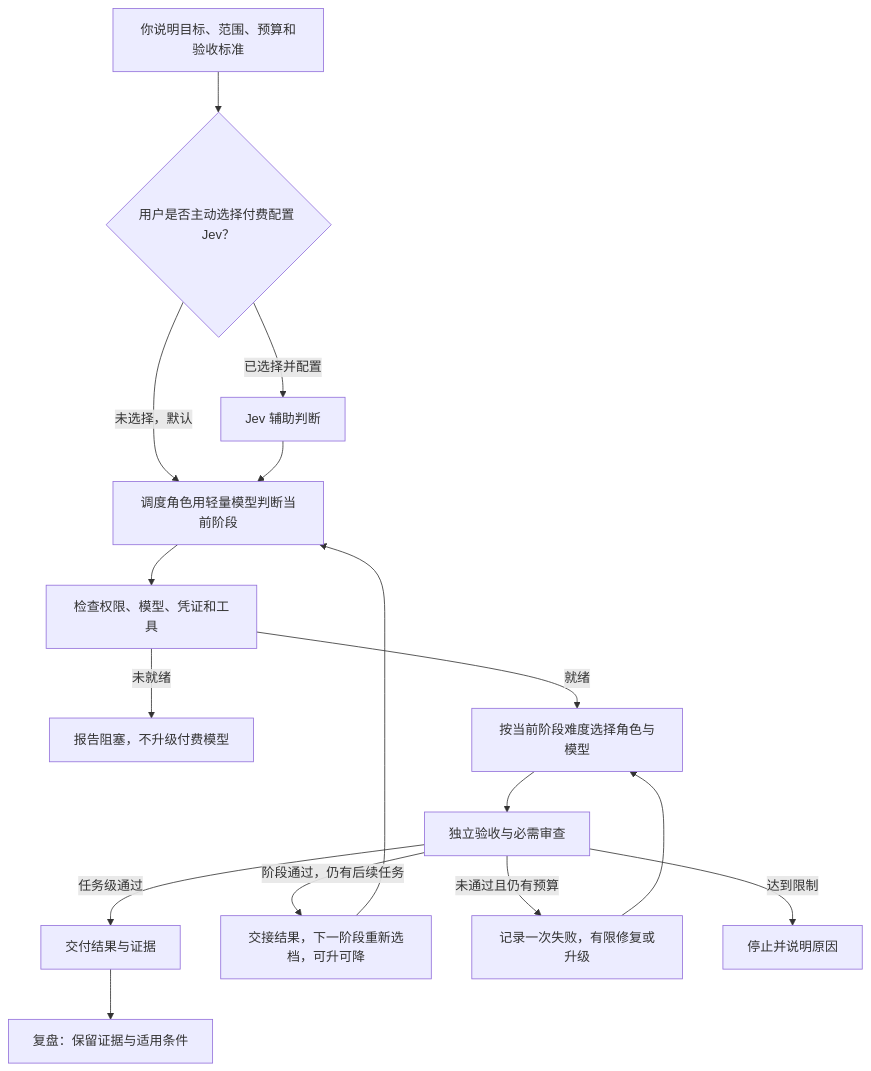
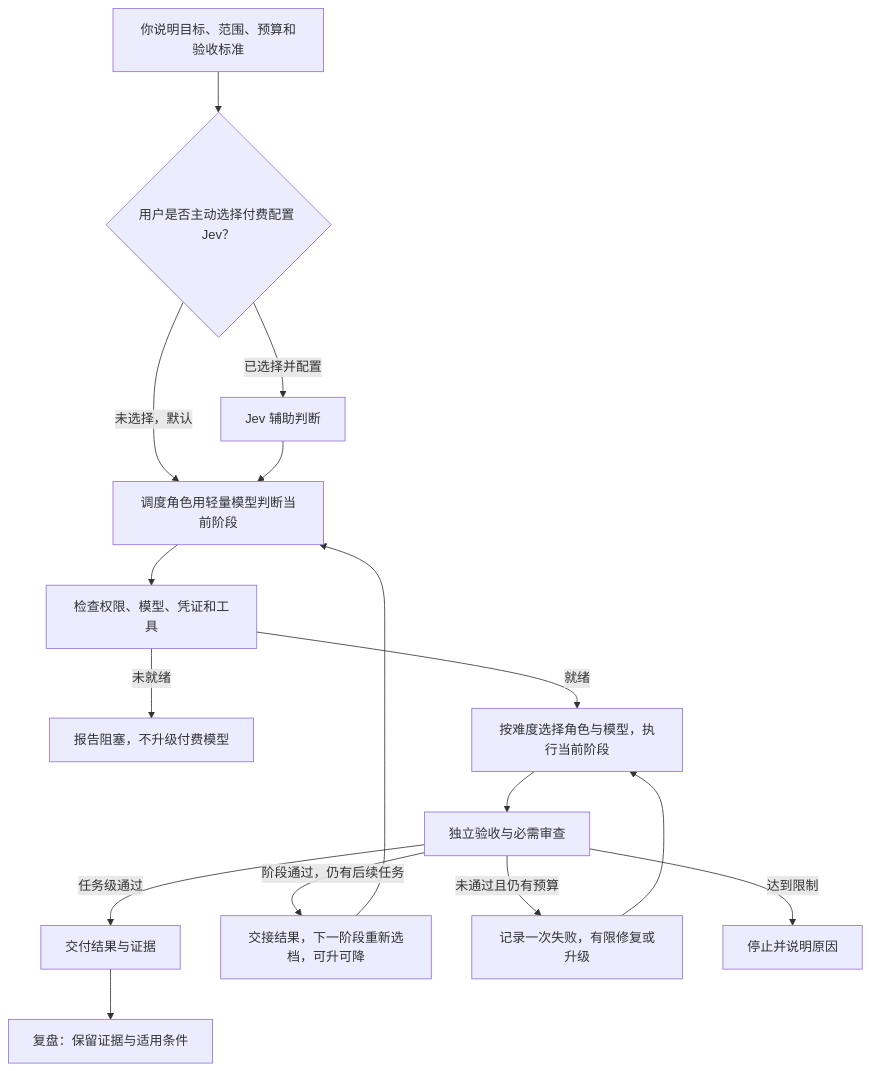
One commit to greyano12syp-a11y/ai-workflow-guide changed the first of 2 diagrams in README.md. Above: the diagram before and after it, drawn with Mermaid. The commit also changed other lines of this file, not shown here.

Commit message:
docs: align execution node and task-level completion wording

````diff
--- a/README.md
+++ b/README.md
@@ -57,18 +57,18 @@
 ```mermaid
 flowchart TD
     A[你说明目标、范围、预算和验收标准] --> B{用户是否主动选择付费配置 Jev？}
     B -->|未选择，默认| C[调度角色用轻量模型判断当前阶段]
     B -->|已选择并配置| D[Jev 辅助判断]
     D --> C
     C --> E[检查权限、模型、凭证和工具]
     E -->|未就绪| X[报告阻塞，不升级付费模型]
-    E -->|就绪| F[按当前阶段难度选择角色与模型]
+    E -->|就绪| F[按难度选择角色与模型，执行当前阶段]
     F --> G[独立验收与必需审查]
     G -->|任务级通过| H[交付结果与证据]
     G -->|阶段通过，仍有后续任务| L[交接结果，下一阶段重新选档，可升可降]
     L --> C
     G -->|未通过且仍有预算| I[记录一次失败，有限修复或升级]
     I --> F
     G -->|达到限制| J[停止并说明原因]
     H --> K[复盘：保留证据与适用条件]
 ```
````
